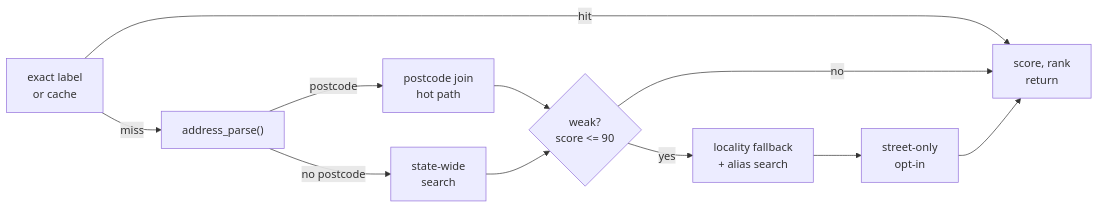
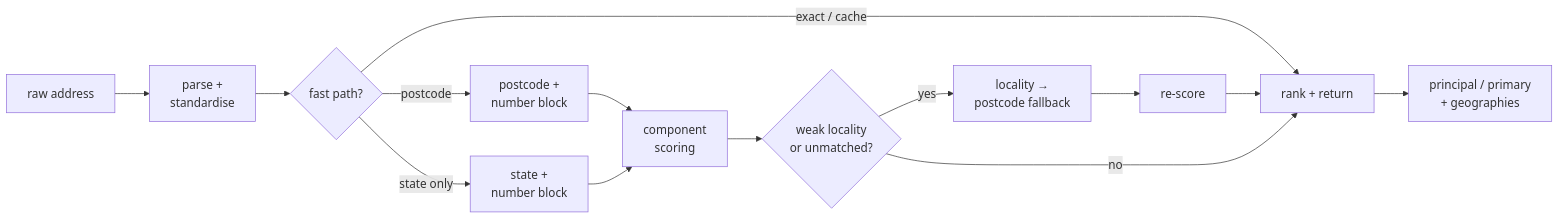
The fourth of 6 diagrams in slides/gnafr-overview.qmd (KyleHaynes/gnafr), drawn with Mermaid before and after one commit. The commit also changed other lines of this file and 8 other files, not shown here.

````diff
--- a/slides/gnafr-overview.qmd
+++ b/slides/gnafr-overview.qmd
@@ -149,16 +306,16 @@
 ```{mermaid}
-%%| fig-width: 12
-%%| fig-height: 4.5
-%%{init: {'themeVariables': {'fontSize': '16px'}}}%%
+%%| fig-height: 5.0
+%%{init: {'themeVariables': {'fontSize': '17px'}}}%%
 flowchart LR
-  A["exact label<br/>or cache"] -->|miss| B["address_parse()"]
-  A -->|hit| Z["score, rank<br/>return"]
-  B -->|postcode| C["postcode join<br/>hot path"]
-  B -->|no postcode| D["state-wide<br/>search"]
-  C --> E{"weak?<br/>score <= 90"}
-  D --> E
-  E -->|no| Z
-  E -->|yes| F["locality fallback<br/>+ alias search"]
-  F --> G["street-only<br/>opt-in"]
-  G --> Z
+  A["raw address"] --> B["parse +<br/>standardise"]
+  B --> C{"fast path?"}
+  C -->|exact / cache| G["rank + return"]
+  C -->|postcode| D["postcode +<br/>number block"]
+  C -->|state only| E["state +<br/>number block"]
+  D --> F["component<br/>scoring"]
+  E --> F
+  F --> H{"weak locality<br/>or unmatched?"}
+  H -->|yes| I["locality →<br/>postcode fallback"] --> J["re-score"] --> G
+  H -->|no| G
+  G --> K["principal / primary<br/>+ geographies"]
 ```
````
